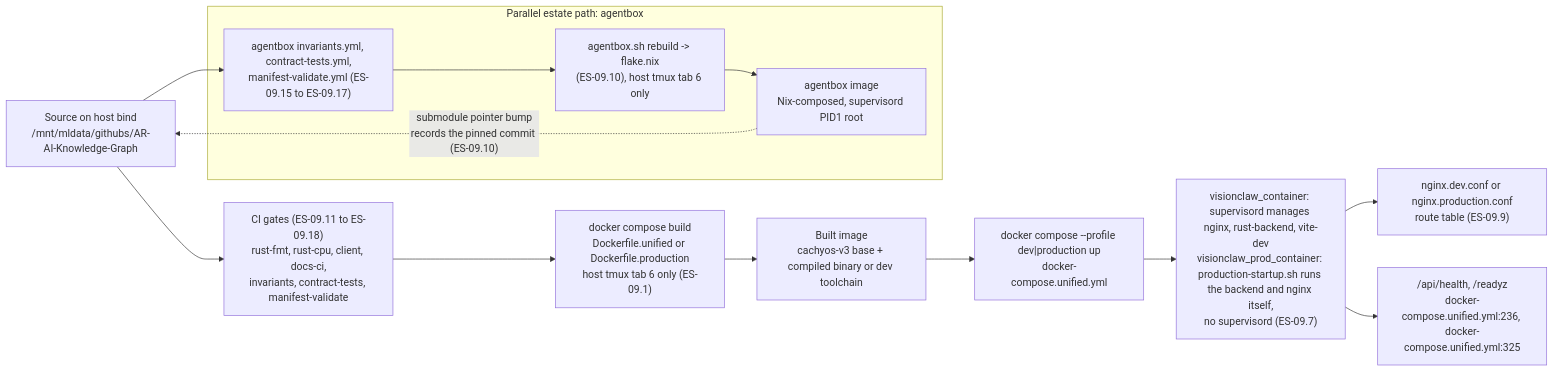
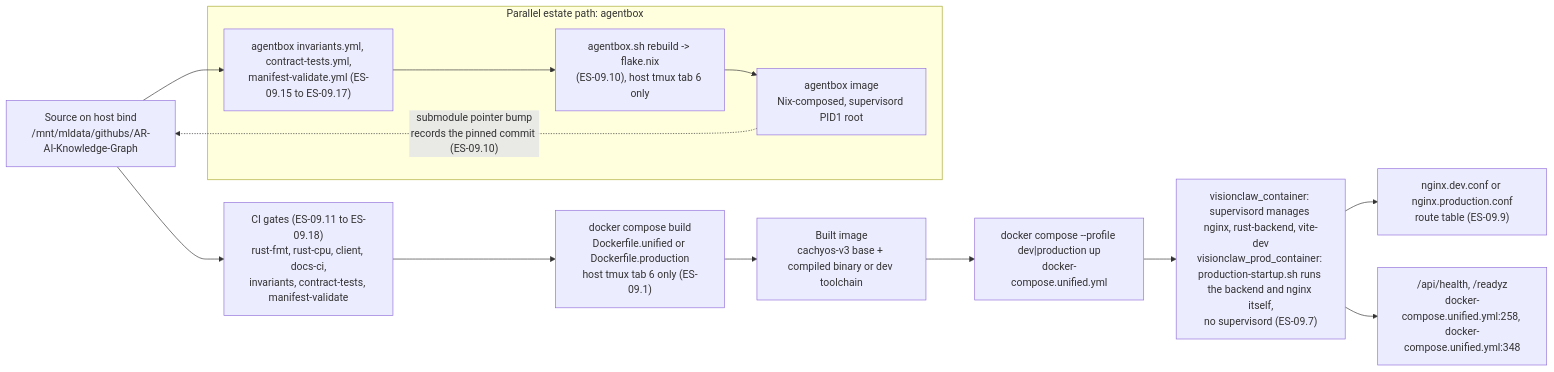
Before and after one commit to DreamLab-AI/VisionFlow: diagram 19 of 24 in docs/diagrams/estate/09-build-deploy-and-ci-estate.md, drawn with Mermaid. The commit also changed other lines of this file and 5 other files, not shown here.

````diff
--- a/docs/diagrams/estate/09-build-deploy-and-ci-estate.md
+++ b/docs/diagrams/estate/09-build-deploy-and-ci-estate.md
@@ -718,27 +718,27 @@
 ```mermaid
 flowchart LR
     SRC["Source on host bind<br/>/mnt/mldata/githubs/AR-AI-Knowledge-Graph"]
     CIGATE["CI gates (ES-09.11 to ES-09.18)<br/>rust-fmt, rust-cpu, client, docs-ci,<br/>invariants, contract-tests, manifest-validate"]
     DOCKERBUILD["docker compose build<br/>Dockerfile.unified or Dockerfile.production<br/>host tmux tab 6 only (ES-09.1)"]
     IMAGE["Built image<br/>cachyos-v3 base + compiled binary or dev toolchain"]
     COMPOSEUP["docker compose --profile dev|production up<br/>docker-compose.unified.yml"]
     CONTAINER["visionclaw_container: supervisord manages nginx, rust-backend, vite-dev<br/>visionclaw_prod_container: production-startup.sh runs the backend and nginx itself,<br/>no supervisord (ES-09.7)"]
     NGINXROUTE["nginx.dev.conf or nginx.production.conf<br/>route table (ES-09.9)"]
-    HEALTH["/api/health, /readyz<br/>docker-compose.unified.yml:236, docker-compose.unified.yml:325"]
+    HEALTH["/api/health, /readyz<br/>docker-compose.unified.yml:258, docker-compose.unified.yml:348"]
 
     SRC --> CIGATE
     CIGATE --> DOCKERBUILD
     DOCKERBUILD --> IMAGE
     IMAGE --> COMPOSEUP
     COMPOSEUP --> CONTAINER
     CONTAINER --> NGINXROUTE
     CONTAINER --> HEALTH
 
     subgraph AGENTBOXPARALLEL["Parallel estate path: agentbox"]
         ABGATE["agentbox invariants.yml, contract-tests.yml,<br/>manifest-validate.yml (ES-09.15 to ES-09.17)"]
         ABFLAKE["agentbox.sh rebuild -> flake.nix<br/>(ES-09.10), host tmux tab 6 only"]
         ABIMAGE["agentbox image<br/>Nix-composed, supervisord PID1 root"]
     end
     SRC --> ABGATE --> ABFLAKE --> ABIMAGE
     ABIMAGE -.->|"submodule pointer bump<br/>records the pinned commit (ES-09.10)"| SRC
 ```
````
